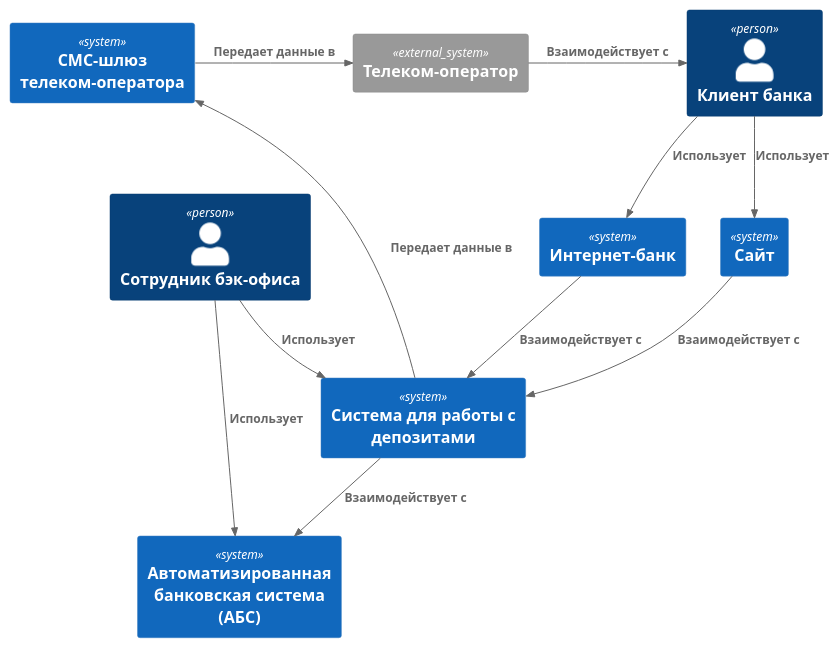
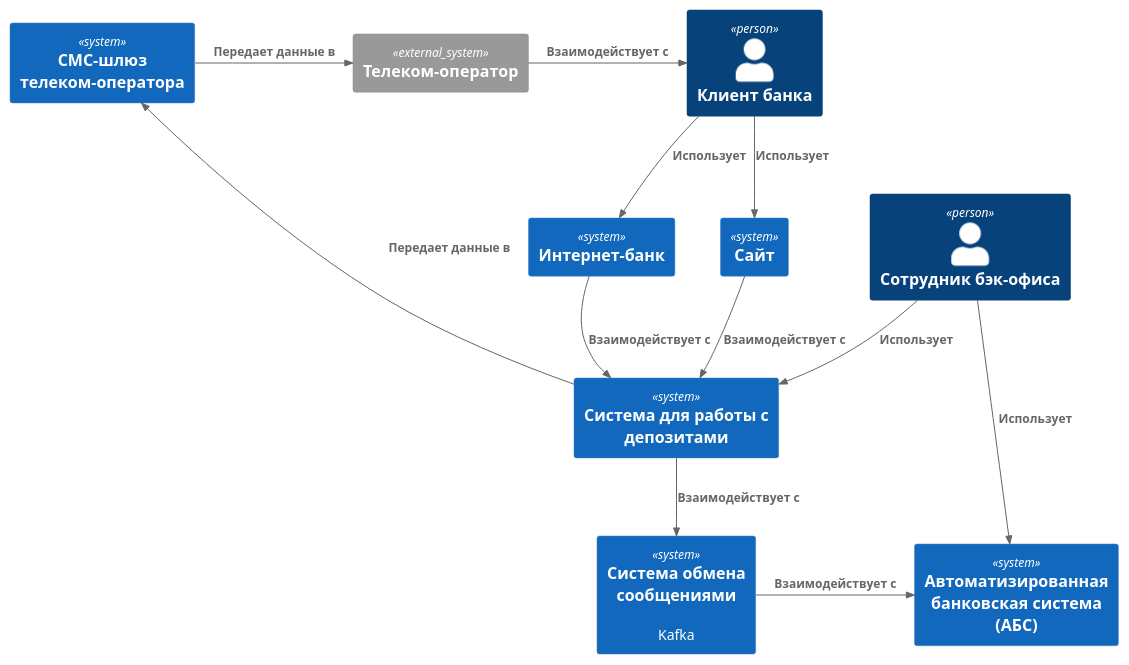
One commit to vsevolod-nikitin/yandex-practicum-architecture-pro-standart changed the diagram in Task3/Context.puml. Above: the diagram before and after it, drawn with PlantUML. The commit also changed 3 other files, not shown here.

Commit message:
Добавление Kafka в схему

```diff
--- a/Task3/Context.puml
+++ b/Task3/Context.puml
@@ -1,32 +1,34 @@
 @startuml Context
 !include https://raw.githubusercontent.com/plantuml-stdlib/C4-PlantUML/master/C4_Context.puml
 
 Person(client, "Клиент банка")
 Person(backEmployee, "Сотрудник бэк-офиса")
 
 System(website, "Сайт")
 System(internetBank, "Интернет-банк")
 System(depositSystem, "Система для работы с депозитами")
 System(abs, "Автоматизированная банковская система (АБС)")
 System(smsGateway, "СМС-шлюз телеком-оператора")
+System(messageBroker, "Система обмена сообщениями", "Kafka")
 
 System_Ext(telecomOperator, "Телеком-оператор")
 
 Rel(client, internetBank, "Использует")
 Rel(client, website, "Использует")
 
 Rel(backEmployee, depositSystem, "Использует")
 Rel(backEmployee, abs, "Использует")
 
 Rel(internetBank, depositSystem, "Взаимодействует с")
 Rel(website, depositSystem, "Взаимодействует с")
 
 Rel_L(depositSystem, smsGateway, "Передает данные в")
-Rel(depositSystem, abs, "Взаимодействует с")
+Rel(depositSystem, messageBroker, "Взаимодействует с")
+Rel_R(messageBroker, abs, "Взаимодействует с")
 
 Rel_R(smsGateway, telecomOperator, "Передает данные в")
 Rel_R(telecomOperator, client, "Взаимодействует с")
 
 LAYOUT_TOP_DOWN()
 
 @enduml
```
